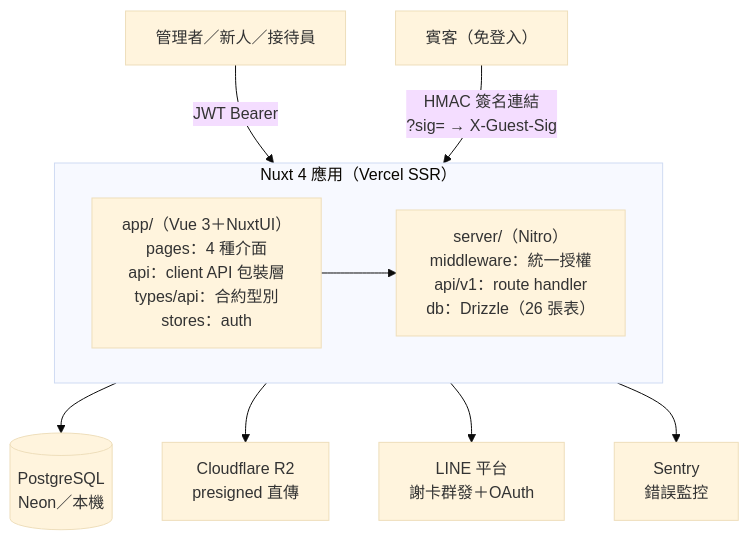
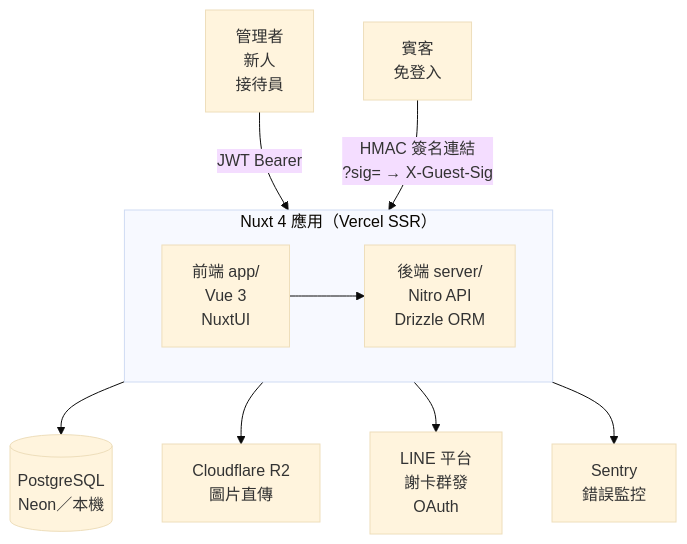
Before and after one commit to PinyiW0/wedding-host: the diagram in README.md, drawn with Mermaid (base theme).

Commit message:
docs: shorten README architecture diagram labels

````diff
--- a/README.md
+++ b/README.md
@@ -135,20 +135,20 @@
 ```mermaid
 flowchart TB
-  staff["管理者／新人／接待員"]
-  guest["賓客（免登入）"]
+  staff["管理者<br/>新人<br/>接待員"]
+  guest["賓客<br/>免登入"]
 
   subgraph nuxt["Nuxt 4 應用（Vercel SSR）"]
     direction LR
-    fe["app/（Vue 3＋NuxtUI）<br/>pages：4 種介面<br/>api：client API 包裝層<br/>types/api：合約型別<br/>stores：auth"]
-    be["server/（Nitro）<br/>middleware：統一授權<br/>api/v1：route handler<br/>db：Drizzle（26 張表）"]
+    fe["前端 app/<br/>Vue 3<br/>NuxtUI"]
+    be["後端 server/<br/>Nitro API<br/>Drizzle ORM"]
     fe --> be
   end
 
   staff -- "JWT Bearer" --> nuxt
   guest -- "HMAC 簽名連結<br/>?sig= → X-Guest-Sig" --> nuxt
 
   nuxt --> pg[("PostgreSQL<br/>Neon／本機")]
-  nuxt --> r2["Cloudflare R2<br/>presigned 直傳"]
-  nuxt --> line["LINE 平台<br/>謝卡群發＋OAuth"]
+  nuxt --> r2["Cloudflare R2<br/>圖片直傳"]
+  nuxt --> line["LINE 平台<br/>謝卡群發<br/>OAuth"]
   nuxt --> sentry["Sentry<br/>錯誤監控"]
 ```
````
